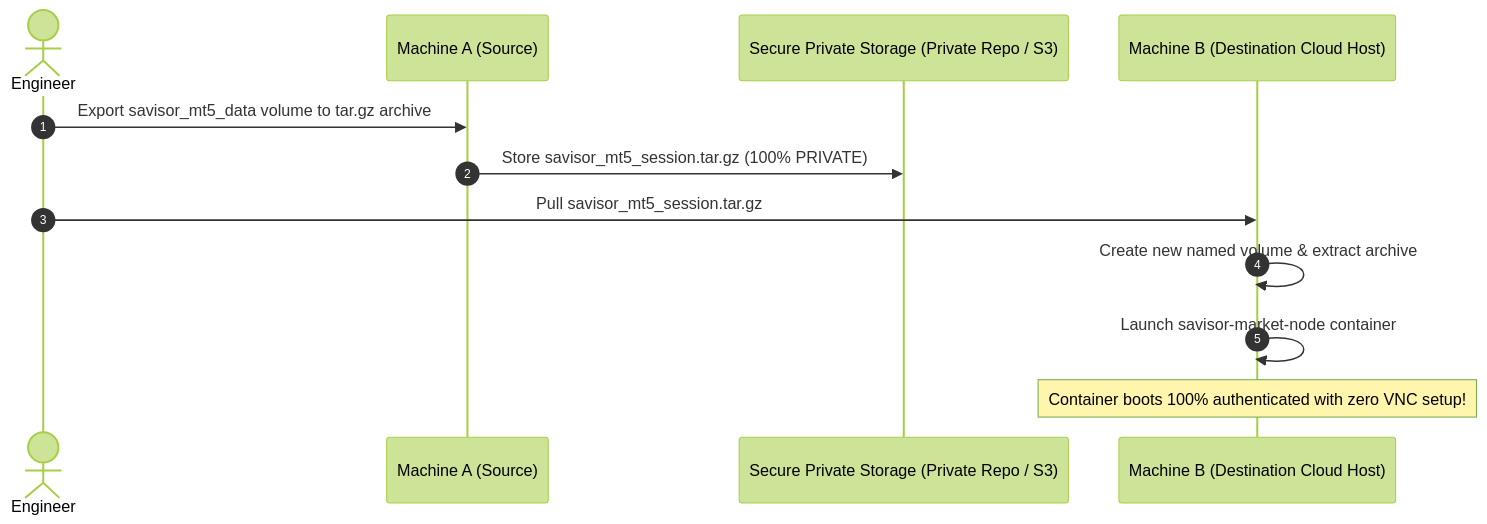
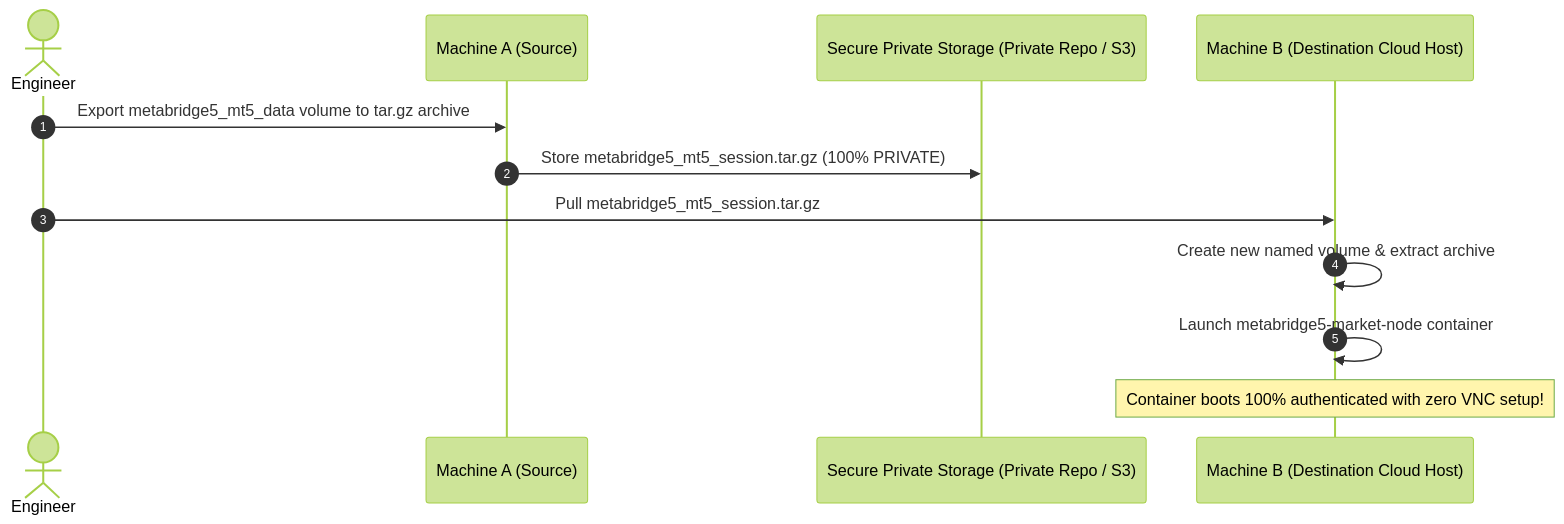
One commit to devffex/MetaBridge5 changed the third of 6 diagrams in apps/market-gateway/docs/authentication_persistence.md. Above: the diagram before and after it, drawn with Mermaid (forest theme). The commit also changed other lines of this file and 74 other files, not shown here.

````diff
--- a/apps/market-gateway/docs/authentication_persistence.md
+++ b/apps/market-gateway/docs/authentication_persistence.md
@@ -116,15 +116,15 @@
 ```mermaid
 sequenceDiagram
     autonumber
     actor Dev as Engineer
     participant HostA as Machine A (Source)
     participant Sec as Secure Private Storage (Private Repo / S3)
     participant HostB as Machine B (Destination Cloud Host)
 
-    Dev->>HostA: Export savisor_mt5_data volume to tar.gz archive
-    HostA->>Sec: Store savisor_mt5_session.tar.gz (100% PRIVATE)
-    Dev->>HostB: Pull savisor_mt5_session.tar.gz
+    Dev->>HostA: Export metabridge5_mt5_data volume to tar.gz archive
+    HostA->>Sec: Store metabridge5_mt5_session.tar.gz (100% PRIVATE)
+    Dev->>HostB: Pull metabridge5_mt5_session.tar.gz
     HostB->>HostB: Create new named volume & extract archive
-    HostB->>HostB: Launch savisor-market-node container
+    HostB->>HostB: Launch metabridge5-market-node container
     Note over HostB: Container boots 100% authenticated with zero VNC setup!
 ```
````
